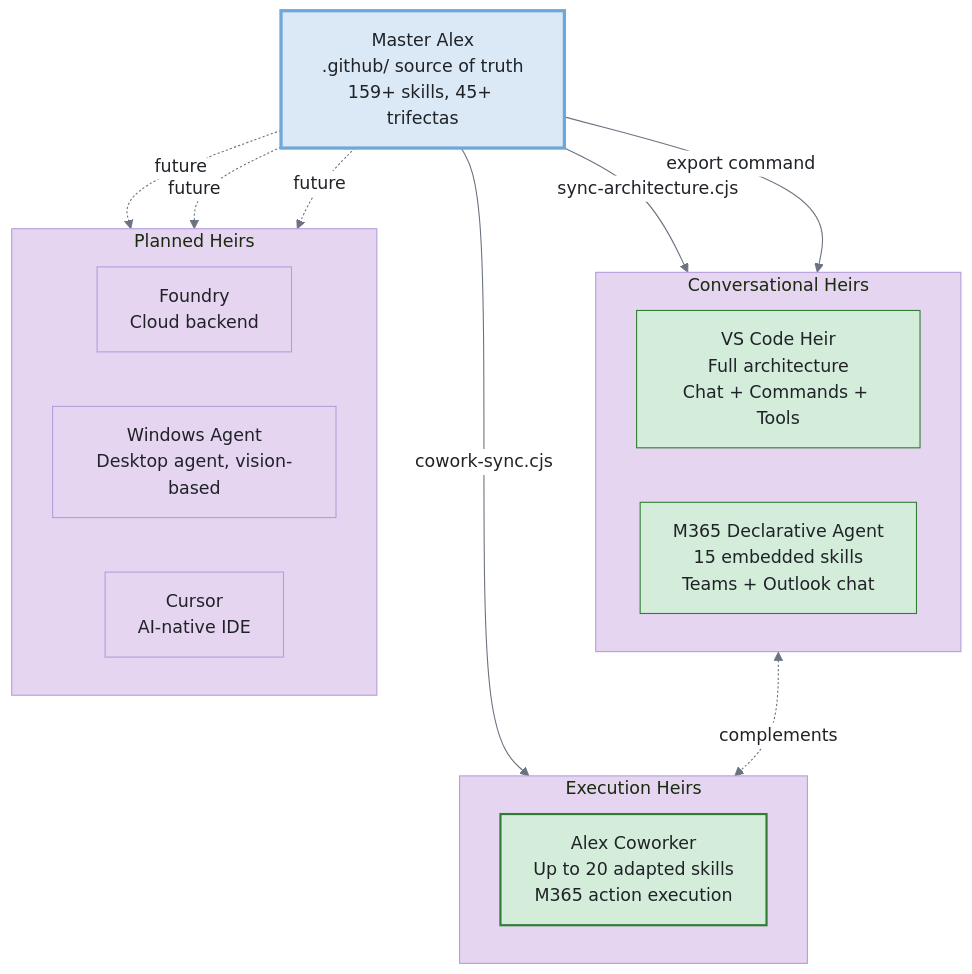
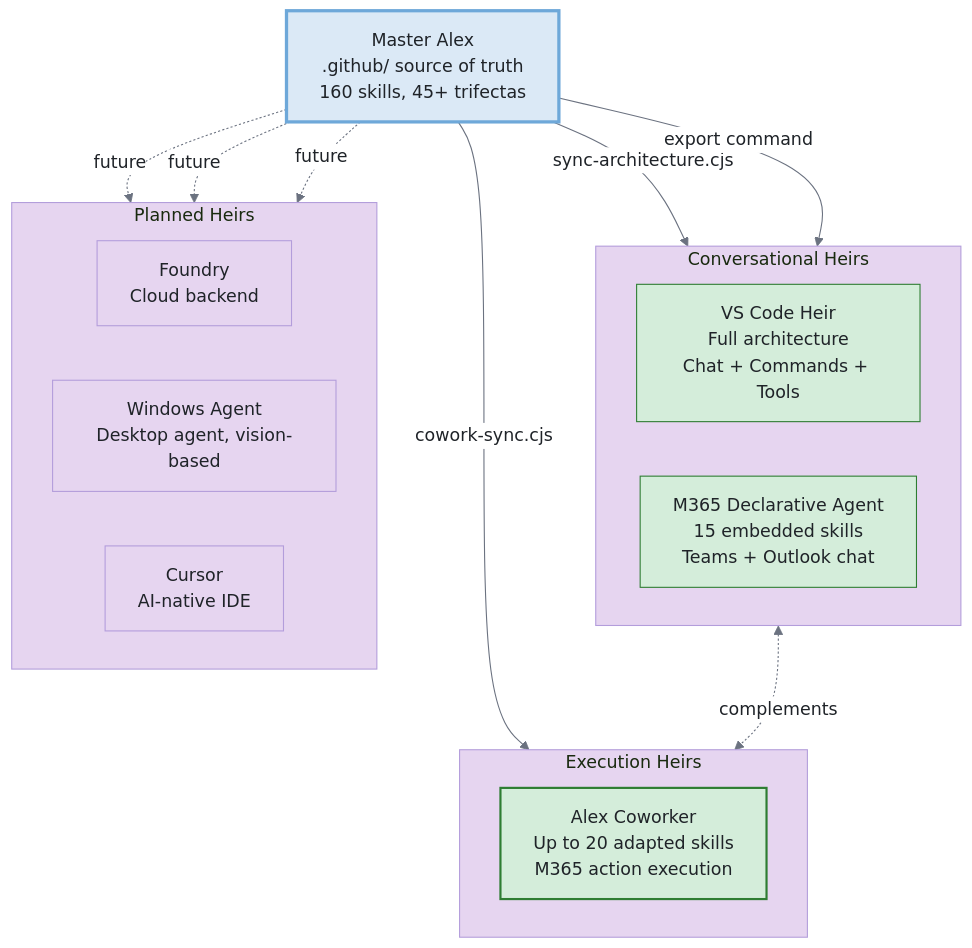
The first of 8 diagrams in alex_docs/cowork/ARCHITECTURE.md (fabioc-aloha/Alex_Plug_In), drawn with Mermaid before and after one commit. The commit also changed other lines of this file and 71 other files, not shown here.

````diff
--- a/alex_docs/cowork/ARCHITECTURE.md
+++ b/alex_docs/cowork/ARCHITECTURE.md
@@ -21,40 +21,40 @@
 ```mermaid
 %%{init: {'theme': 'base', 'themeVariables': {'background': '#f8f9fa', 'primaryColor': '#dbe9f6', 'primaryTextColor': '#1f2328', 'primaryBorderColor': '#6ea8d9', 'lineColor': '#6b7280', 'secondaryColor': '#d4f5f7', 'secondaryBorderColor': '#5ab5a0', 'tertiaryColor': '#e6d5f0', 'tertiaryBorderColor': '#b39ddb', 'edgeLabelBackground': '#ffffff', 'fontFamily': 'Segoe UI, system-ui, sans-serif'}}}%%
 flowchart TD
-    MASTER["Master Alex<br/>.github/ source of truth<br/>159+ skills, 45+ trifectas"]
+    MASTER["Master Alex<br/>.github/ source of truth<br/>160 skills, 45+ trifectas"]
 
     subgraph CONV["Conversational Heirs"]
         direction LR
         VSCODE["VS Code Heir<br/>Full architecture<br/>Chat + Commands + Tools"]
         M365["M365 Declarative Agent<br/>15 embedded skills<br/>Teams + Outlook chat"]
     end
 
     subgraph EXEC["Execution Heirs"]
         direction LR
         COWORK["Alex Coworker<br/>Up to 20 adapted skills<br/>M365 action execution"]
     end
 
     subgraph PLANNED["Planned Heirs"]
         direction LR
         FOUNDRY["Foundry<br/>Cloud backend"]
         WINAGENT["Windows Agent<br/>Desktop agent, vision-based"]
         CURSOR["Cursor<br/>AI-native IDE"]
     end
 
     MASTER -->|sync-architecture.cjs| VSCODE
     MASTER -->|export command| M365
     MASTER -->|cowork-sync.cjs| COWORK
     MASTER -.->|future| FOUNDRY
     MASTER -.->|future| WINAGENT
     MASTER -.->|future| CURSOR
 
     M365 <-.->|complements| COWORK
 
     style MASTER fill:#dbe9f6,stroke:#6ea8d9,color:#1f2328,stroke-width:3px
     style COWORK fill:#d4edda,stroke:#2e7d32,color:#1f2328,stroke-width:2px
     style VSCODE fill:#d4edda,stroke:#2e7d32,color:#1f2328
     style M365 fill:#d4edda,stroke:#2e7d32,color:#1f2328
     style FOUNDRY fill:#e6d5f0,stroke:#b39ddb,color:#1f2328
     style WINAGENT fill:#e6d5f0,stroke:#b39ddb,color:#1f2328
     style CURSOR fill:#e6d5f0,stroke:#b39ddb,color:#1f2328
 ```
````
